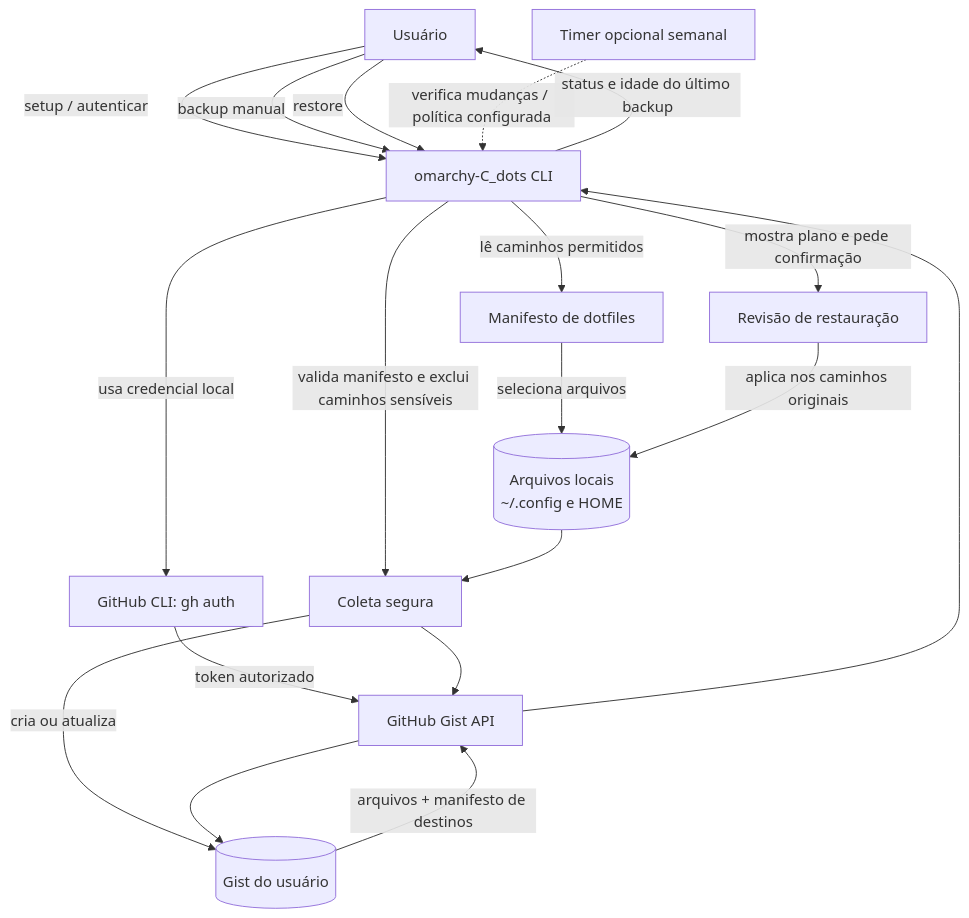
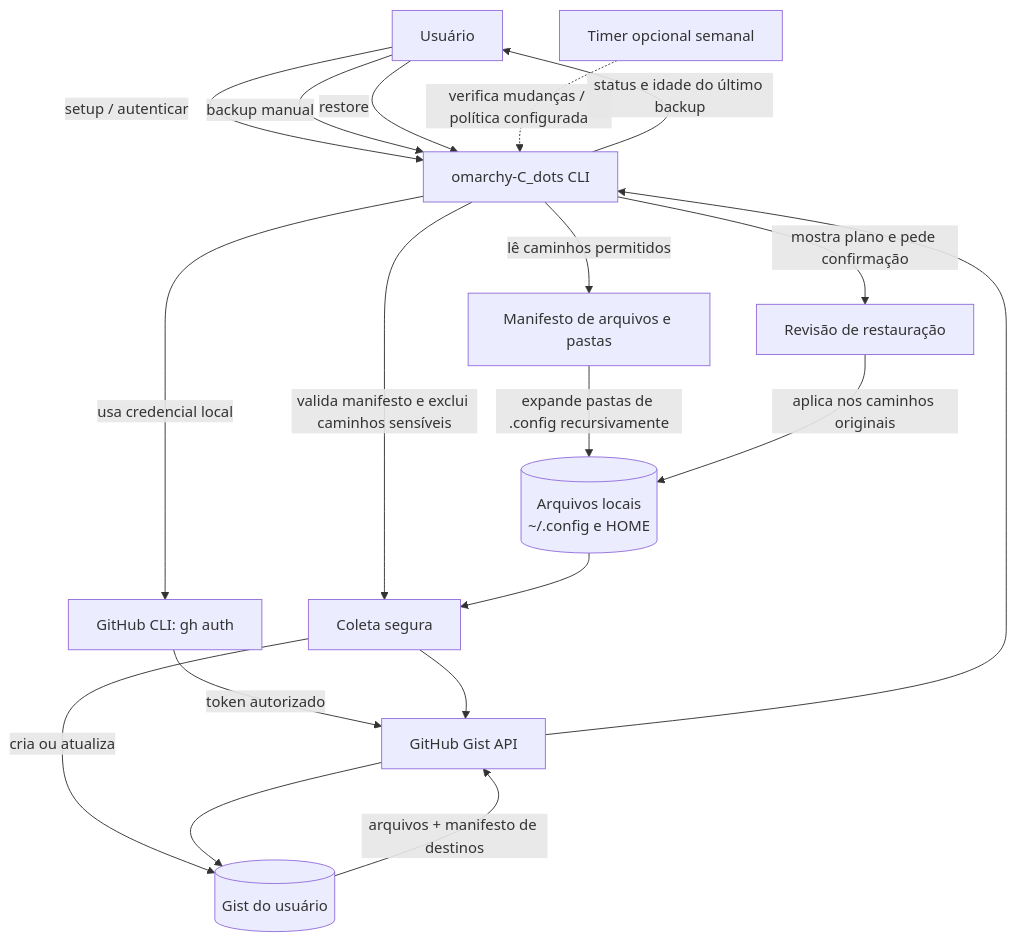
One commit to carlinhoshk/omarchy-C_dots changed the diagram in docs/architecture.md. Above: the diagram before and after it, drawn with Mermaid. The commit also changed other lines of this file, not shown here.

Commit message:
docs: atualizar diagrama para pastas recursivas

````diff
--- a/docs/architecture.md
+++ b/docs/architecture.md
@@ -5,24 +5,24 @@
 ```mermaid
 flowchart TD
     U[Usuário] -->|setup / autenticar| CLI[omarchy-C_dots CLI]
     CLI -->|usa credencial local| GH[GitHub CLI: gh auth]
-    CLI -->|lê caminhos permitidos| M[Manifesto de dotfiles]
-    M -->|seleciona arquivos| FS[(Arquivos locais<br/>~/.config e HOME)]
+    CLI -->|lê caminhos permitidos| M[Manifesto de arquivos e pastas]
+    M -->|expande pastas de .config recursivamente| FS[(Arquivos locais<br/>~/.config e HOME)]
 
     U -->|backup manual| CLI
     CLI -->|valida manifesto e exclui caminhos sensíveis| SAFE[Coleta segura]
     FS --> SAFE
     SAFE -->|cria ou atualiza| GIST[(Gist do usuário)]
     GH -->|token autorizado| API[GitHub Gist API]
     SAFE --> API
     API --> GIST
 
     U -->|restore| CLI
     GIST -->|arquivos + manifesto de destinos| API
     API --> CLI
     CLI -->|mostra plano e pede confirmação| REVIEW[Revisão de restauração]
     REVIEW -->|aplica nos caminhos originais| FS
 
     TIMER[Timer opcional semanal] -. verifica mudanças / política configurada .-> CLI
     CLI -->|status e idade do último backup| U
 ```
````
